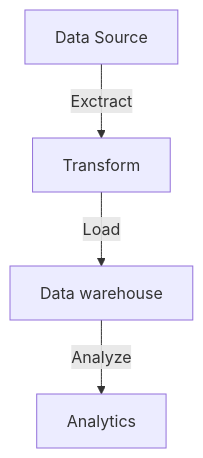
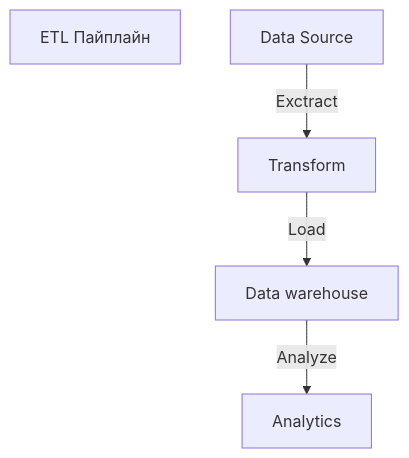
The first of 6 diagrams in Учёба/Сбор и верифакация данных/Лекции сбор и верификация данных.md (ModestV/Sharasha), drawn with Mermaid before and after one commit. The commit also changed 2 other files, not shown here.

Commit message:
vault backup: 2026-03-01 21:01:53

````diff
--- a/Учёба/Сбор и верифакация данных/Лекции сбор и верификация данных.md
+++ b/Учёба/Сбор и верифакация данных/Лекции сбор и верификация данных.md
@@ -29,6 +29,7 @@
 ```mermaid
 flowchart TD
+	O["ETL Пайплайн"]
     A["Data Source"] -->|Exctract| B["Transform"]
     B["Transform"] -->|Load| C["Data warehouse"]
     C["Data warehouse"] -->|Analyze| D["Analytics"]
 ```
````
